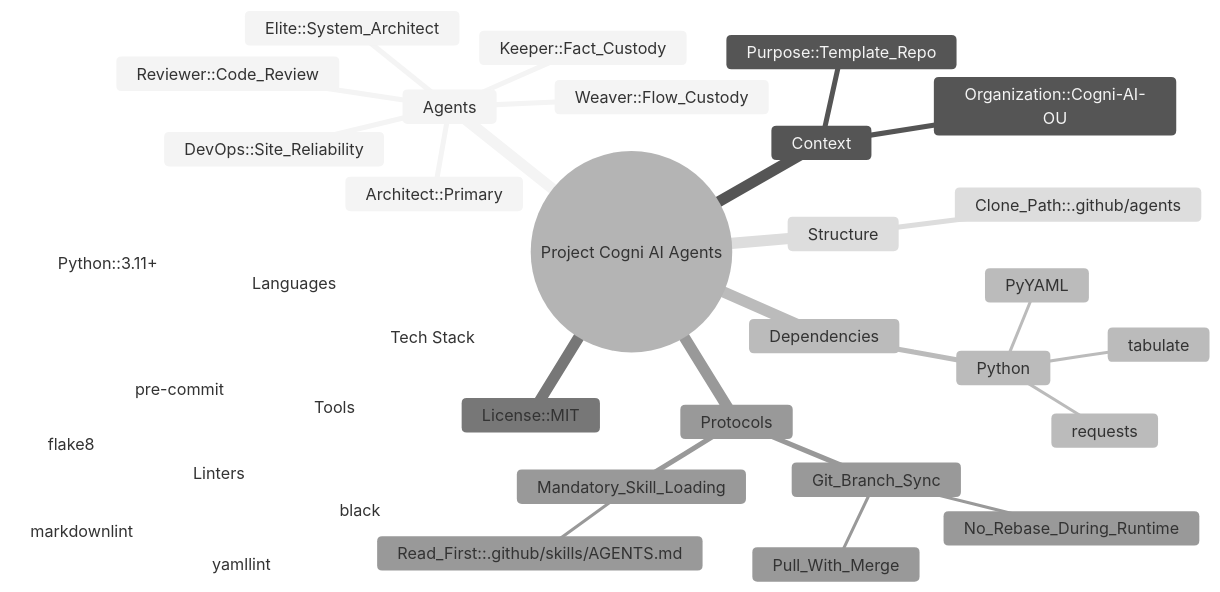
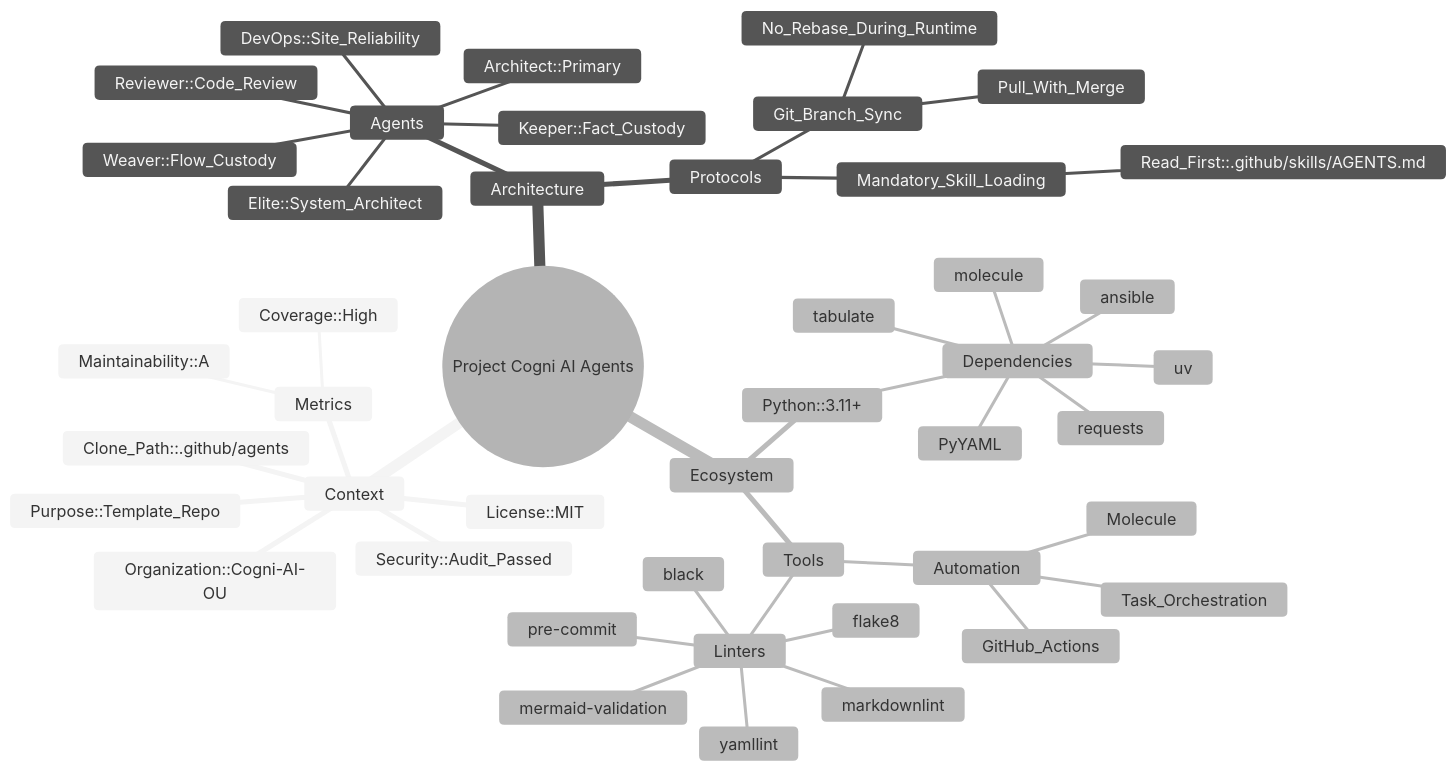
Before and after one commit to Cogni-AI-OU/cogni-ai-agents: the diagram in FACTS.mmd, drawn with Mermaid (neutral theme).

Commit message:
Updated FACTS.mmd hierarchy & data.

```diff
--- a/FACTS.mmd
+++ b/FACTS.mmd
@@ -1,36 +1,46 @@
 mindmap
   root((Project Cogni AI Agents))
-    Agents
-      Architect::Primary
-      DevOps::Site_Reliability
-      Elite::System_Architect
-      Keeper::Fact_Custody
-      Reviewer::Code_Review
-      Weaver::Flow_Custody
     Context
       Organization::Cogni-AI-OU
       Purpose::Template_Repo
-    Dependencies
-      Python
-        PyYAML
-        requests
-        tabulate
-    License::MIT
-    Protocols
-      Git_Branch_Sync
-        No_Rebase_During_Runtime
-        Pull_With_Merge
-      Mandatory_Skill_Loading
-        Read_First::.github/skills/AGENTS.md
-    Structure
+      License::MIT
       Clone_Path::.github/agents
-    Tech Stack
-      Languages
-        Python::3.11+
+      Security::Audit_Passed
+      Metrics
+        Coverage::High
+        Maintainability::A
+    Architecture
+      Agents
+        Architect::Primary
+        DevOps::Site_Reliability
+        Elite::System_Architect
+        Keeper::Fact_Custody
+        Reviewer::Code_Review
+        Weaver::Flow_Custody
+      Protocols
+        Git_Branch_Sync
+          No_Rebase_During_Runtime
+          Pull_With_Merge
+        Mandatory_Skill_Loading
+          Read_First::.github/skills/AGENTS.md
+    Ecosystem
+      Python::3.11+
+        Dependencies
+          ansible
+          molecule
+          PyYAML
+          requests
+          tabulate
+          uv
       Tools
+        Automation
+          GitHub_Actions
+          Molecule
+          Task_Orchestration
         Linters
           black
           flake8
           markdownlint
+          mermaid-validation
           pre-commit
           yamllint
```
